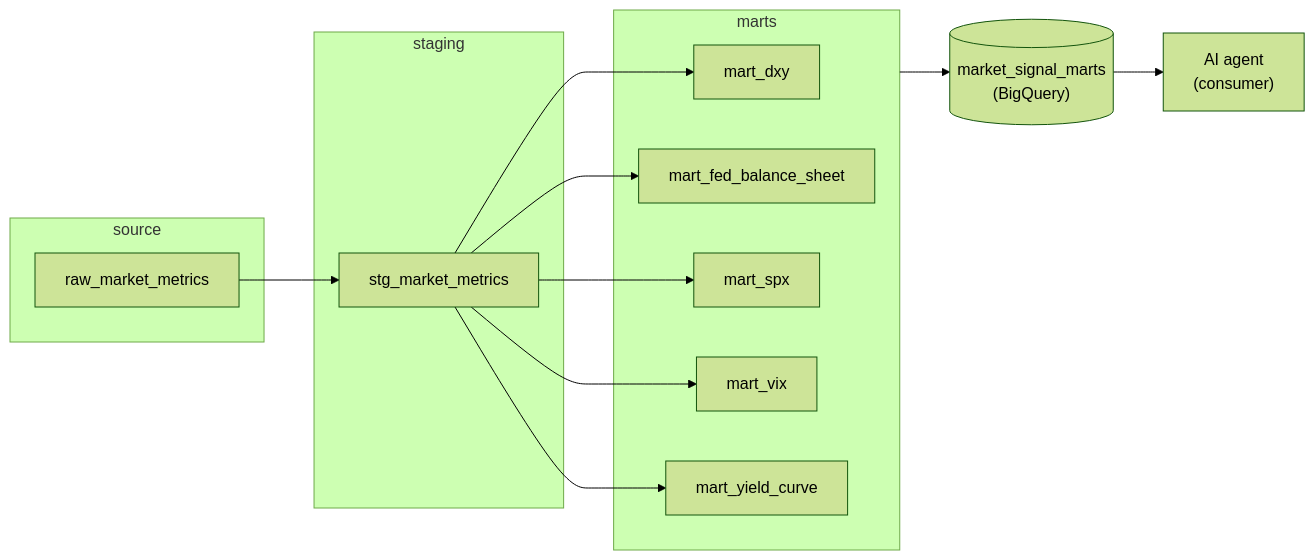
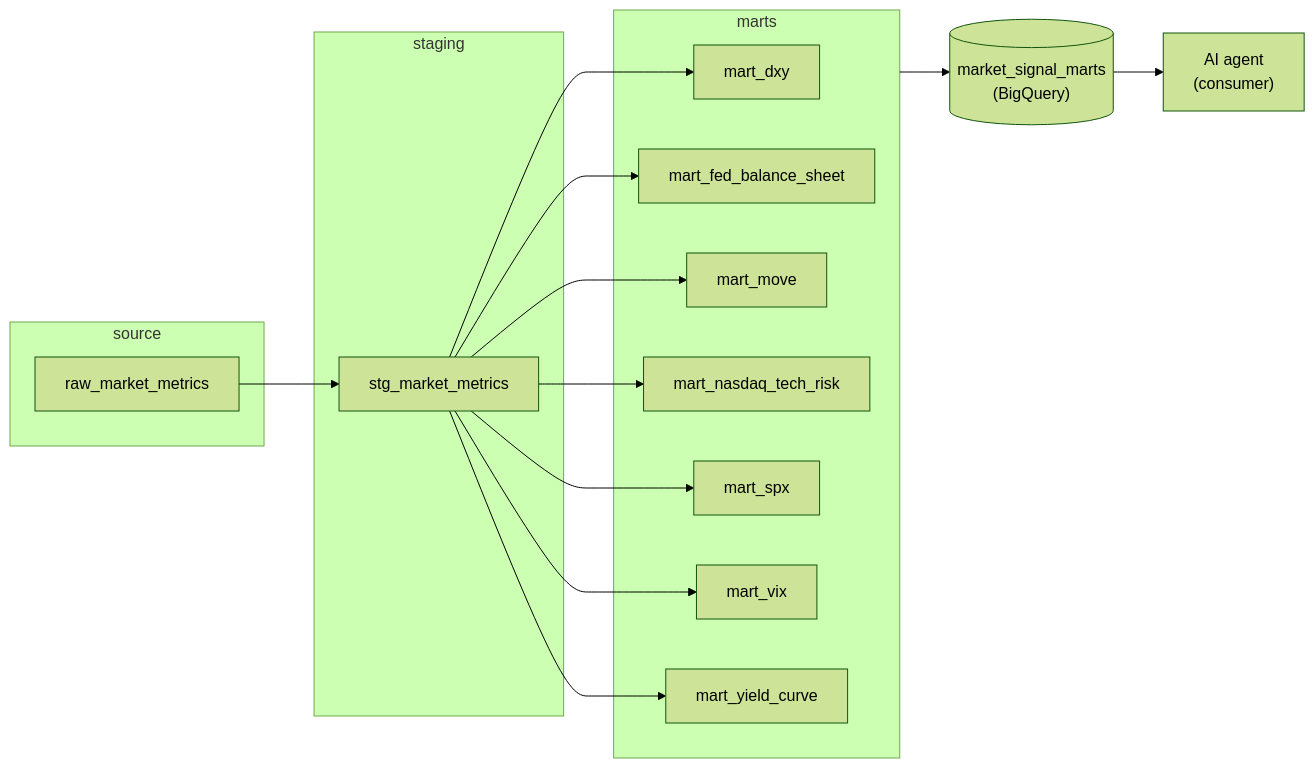
One commit to ggsergi/market-signal-stack changed the diagram in README.md. Above: the diagram before and after it, drawn with Mermaid (forest theme). The commit also changed other lines of this file, not shown here.

Commit message:
docs: update indicator list with nasdaq_tech_risk and move

````diff
--- a/README.md
+++ b/README.md
@@ -19,24 +19,28 @@
 ```mermaid
 flowchart LR
     subgraph source["source"]
         raw_market_metrics["raw_market_metrics"]
     end
     subgraph staging["staging"]
         stg_market_metrics["stg_market_metrics"]
     end
     subgraph marts["marts"]
         mart_dxy["mart_dxy"]
         mart_fed_balance_sheet["mart_fed_balance_sheet"]
+        mart_move["mart_move"]
+        mart_nasdaq_tech_risk["mart_nasdaq_tech_risk"]
         mart_spx["mart_spx"]
         mart_vix["mart_vix"]
         mart_yield_curve["mart_yield_curve"]
     end
     raw_market_metrics --> stg_market_metrics
     stg_market_metrics --> mart_dxy
     stg_market_metrics --> mart_fed_balance_sheet
+    stg_market_metrics --> mart_move
+    stg_market_metrics --> mart_nasdaq_tech_risk
     stg_market_metrics --> mart_spx
     stg_market_metrics --> mart_vix
     stg_market_metrics --> mart_yield_curve
     marts --> market_signal_marts[("market_signal_marts<br/>(BigQuery)")]
     market_signal_marts --> agent["AI agent<br/>(consumer)"]
 ```
````
